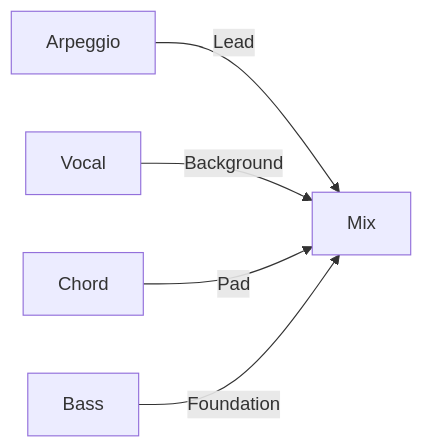
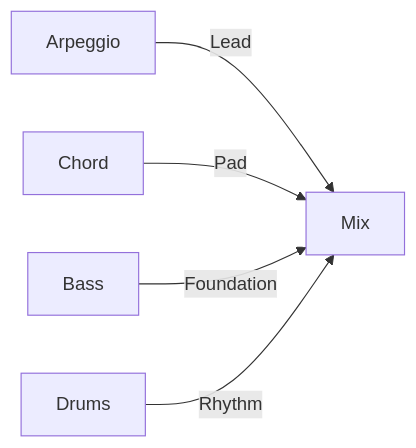
Before and after one commit to libraz/midi-sketch-homepage: the fifth of 6 diagrams in src/docs/presets.md, drawn with Mermaid. The commit also changed other lines of this file and 24 other files, not shown here.

````diff
--- a/src/docs/presets.md
+++ b/src/docs/presets.md
@@ -255,7 +272,7 @@
 ```mermaid
 flowchart LR
     A[Arpeggio] -->|Lead| M[Mix]
-    V[Vocal] -->|Background| M
     C[Chord] -->|Pad| M
     B[Bass] -->|Foundation| M
+    D[Drums] -->|Rhythm| M
 ```
````
